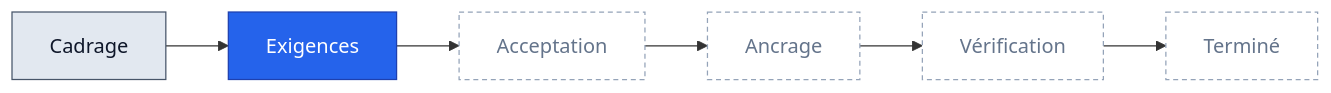
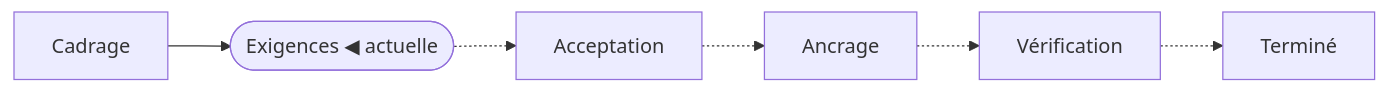
Before and after one commit to ng-galien/spec-loop: the diagram in spec/FEAT-001-maket-http-connector/rendered/index.md, drawn with Mermaid. The commit also changed 16 other files, not shown here.

````diff
--- a/spec/FEAT-001-maket-http-connector/rendered/index.md
+++ b/spec/FEAT-001-maket-http-connector/rendered/index.md
@@ -9,13 +9,14 @@
 ```mermaid
 flowchart LR
-  framing["Cadrage"]:::past
-  requirements["Exigences"]:::now
-  acceptance["Acceptation"]:::next
-  anchoring["Ancrage"]:::next
-  verification["Vérification"]:::next
-  done["Terminé"]:::next
-  framing --> requirements --> acceptance --> anchoring --> verification --> done
-  classDef past fill:#e2e8f0,stroke:#475569,color:#0f172a
-  classDef now fill:#2563eb,stroke:#1e40af,color:#ffffff
-  classDef next fill:#ffffff,stroke:#94a3b8,color:#64748b,stroke-dasharray:4 3
+  framing["Cadrage"]
+  requirements(["Exigences ◀ actuelle"])
+  acceptance["Acceptation"]
+  anchoring["Ancrage"]
+  verification["Vérification"]
+  done["Terminé"]
+  framing --> requirements
+  requirements -.-> acceptance
+  acceptance -.-> anchoring
+  anchoring -.-> verification
+  verification -.-> done
 ```
````
